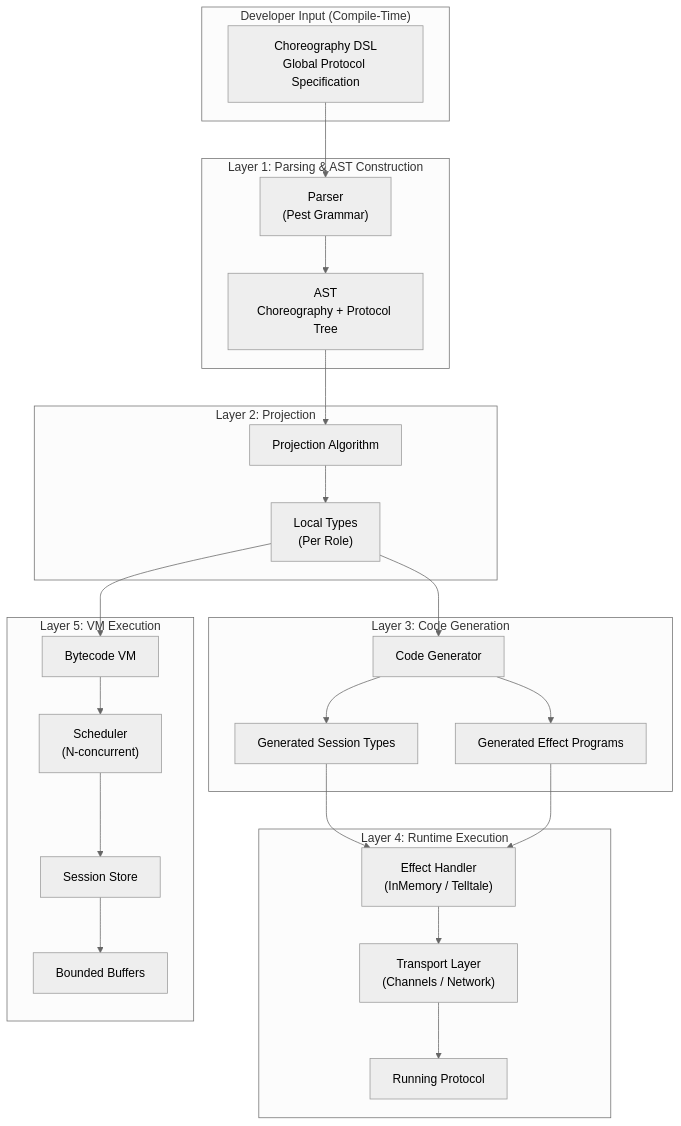
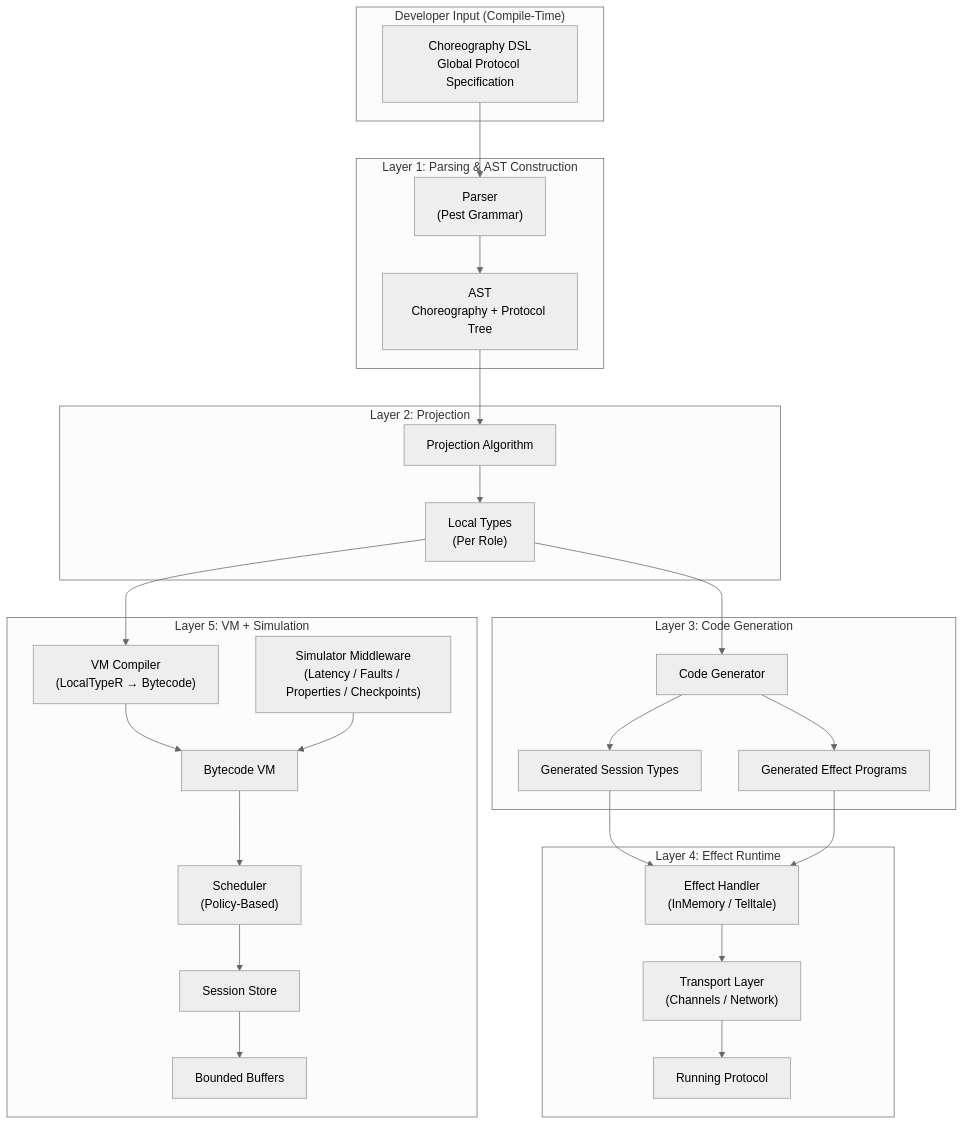
Before and after one commit to hxrts/telltale: the diagram in docs/02_architecture.md, drawn with Mermaid (neutral theme). The commit also changed other lines of this file and 154 other files, not shown here.

````diff
--- a/docs/02_architecture.md
+++ b/docs/02_architecture.md
@@ -17,51 +17,55 @@
 ```mermaid
 graph TB
     subgraph Input["Developer Input (Compile-Time)"]
         DSL["Choreography DSL<br/>Global Protocol Specification"]
     end
 
     subgraph Layer1["Layer 1: Parsing & AST Construction"]
         Parser["Parser<br/>(Pest Grammar)"]
         AST["AST<br/>Choreography + Protocol Tree"]
     end
 
     subgraph Layer2["Layer 2: Projection"]
         Proj["Projection Algorithm"]
         LT["Local Types<br/>(Per Role)"]
     end
 
     subgraph Layer3["Layer 3: Code Generation"]
         CodeGen["Code Generator"]
         Session["Generated Session Types"]
         Effects["Generated Effect Programs"]
     end
 
-    subgraph Layer4["Layer 4: Runtime Execution"]
+    subgraph Layer4["Layer 4: Effect Runtime"]
         Handler["Effect Handler<br/>(InMemory / Telltale)"]
         Transport["Transport Layer<br/>(Channels / Network)"]
         Exec["Running Protocol"]
     end
 
-    subgraph Layer5["Layer 5: VM Execution"]
+    subgraph Layer5["Layer 5: VM + Simulation"]
+        VMCompiler["VM Compiler<br/>(LocalTypeR → Bytecode)"]
         VM["Bytecode VM"]
-        Scheduler["Scheduler<br/>(N-concurrent)"]
+        Scheduler["Scheduler<br/>(Policy-Based)"]
         Sessions["Session Store"]
         Buffers["Bounded Buffers"]
+        Middleware["Simulator Middleware<br/>(Latency / Faults / Properties / Checkpoints)"]
     end
 
     DSL --> Parser
     Parser --> AST
     AST --> Proj
     Proj --> LT
     LT --> CodeGen
     CodeGen --> Session
     CodeGen --> Effects
     Session --> Handler
     Effects --> Handler
     Handler --> Transport
     Transport --> Exec
-    LT --> VM
+    LT --> VMCompiler
+    VMCompiler --> VM
     VM --> Scheduler
     Scheduler --> Sessions
     Sessions --> Buffers
+    Middleware --> VM
 ```
````
